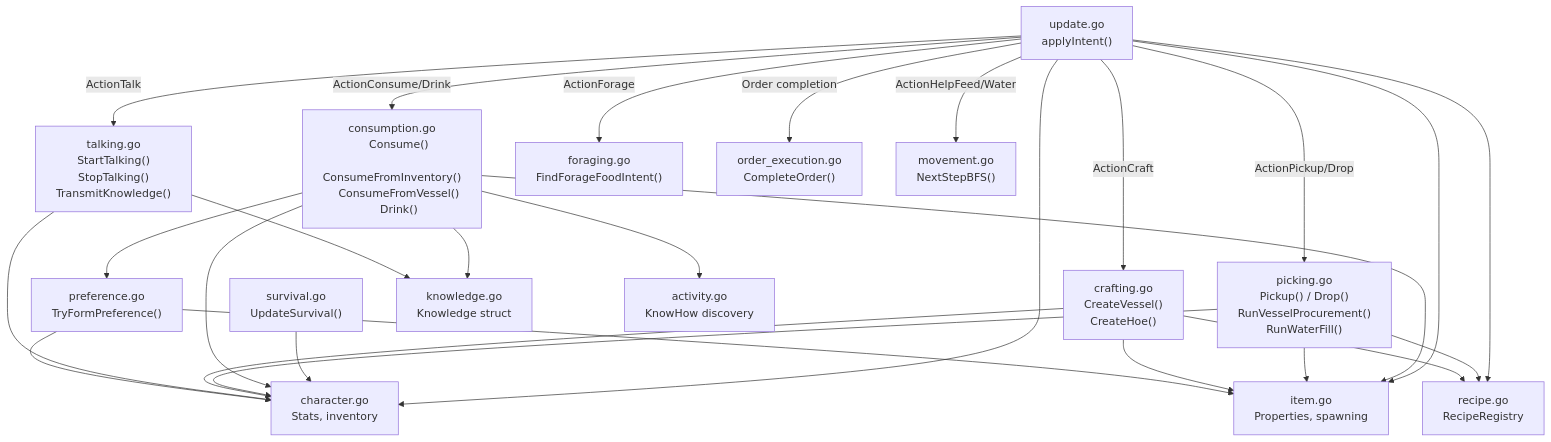
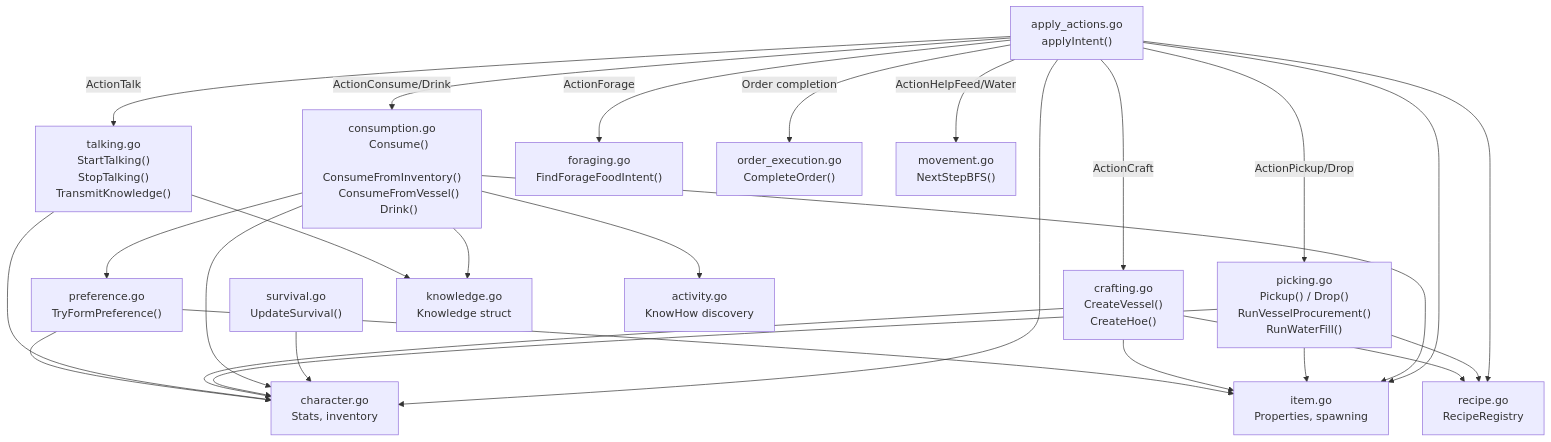
The third of 10 diagrams in docs/flow-diagrams.md (suzbot/petri), drawn with Mermaid before and after one commit. The commit also changed other lines of this file and 10 other files, not shown here.

Commit message:
docs: update architecture docs for extraction and action priority model

````diff
--- a/docs/flow-diagrams.md
+++ b/docs/flow-diagrams.md
@@ -249,6 +256,6 @@
 ```mermaid
 flowchart TD
-    update["update.go
+    update["apply_actions.go
     applyIntent()"]
     survival["survival.go
     UpdateSurvival()"]
````
